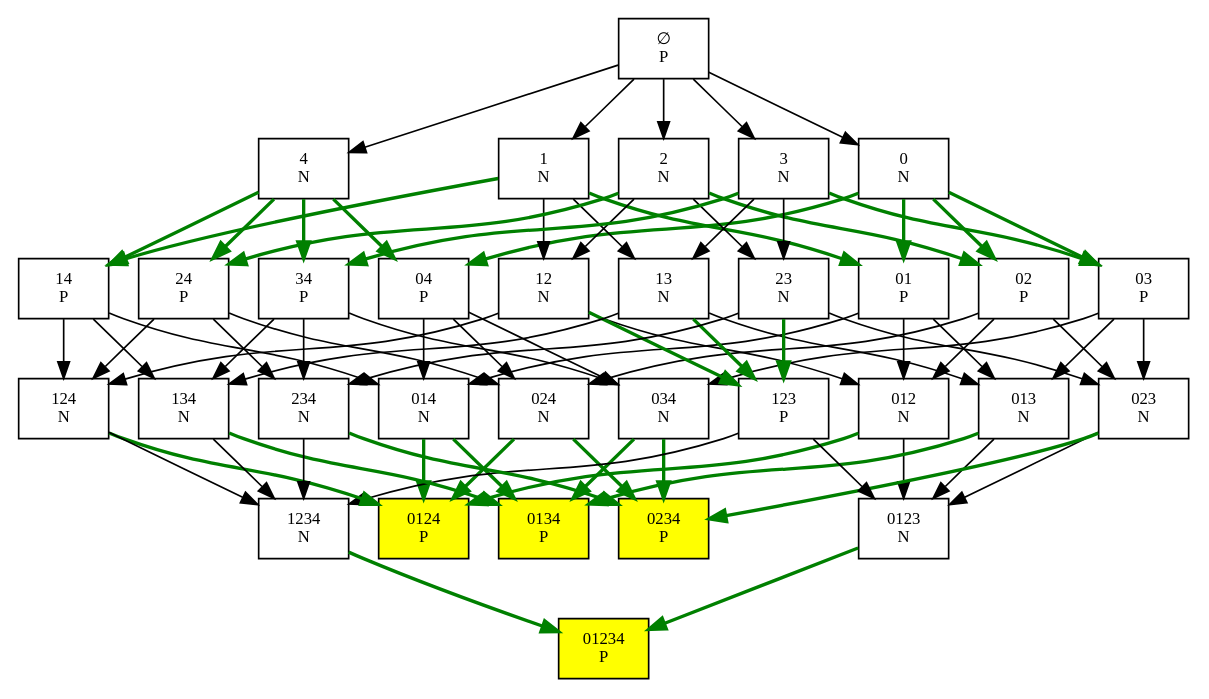
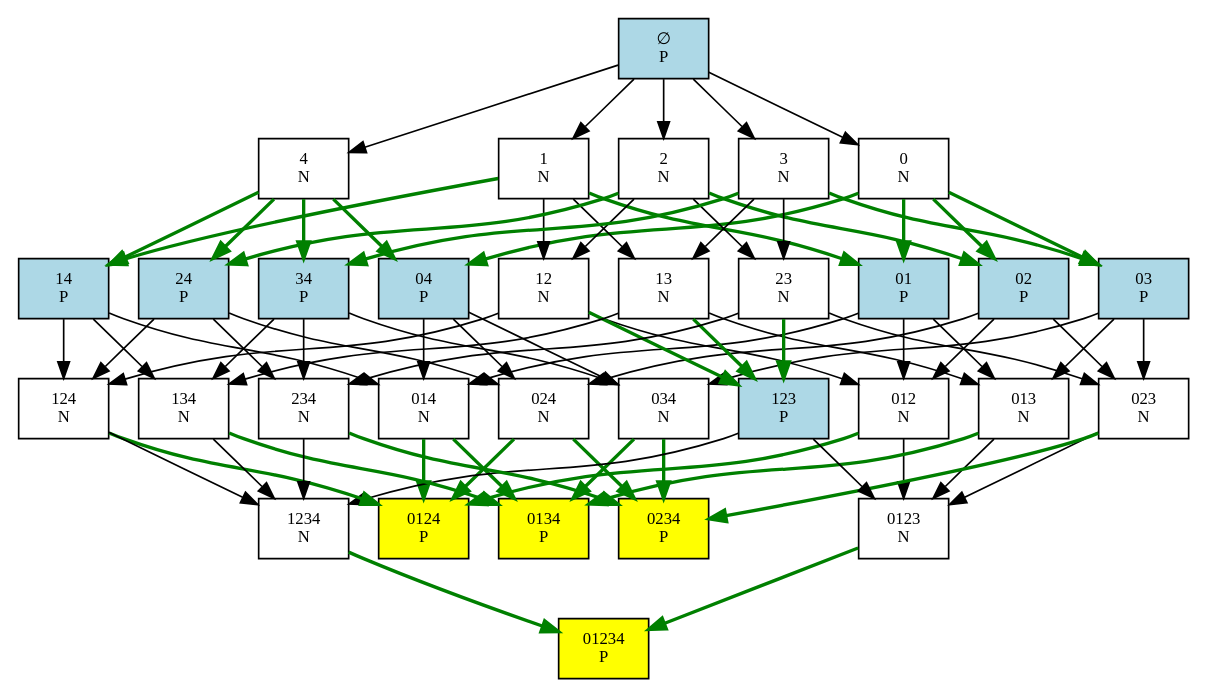
One commit to AdirAli/sparse-ruler-n-p-position changed the diagram in game_tree/decision_tree_01234.dot. Above: the diagram before and after it, drawn with Graphviz. The commit also changed 19 other files, not shown here.

```diff
--- a/game_tree/decision_tree_01234.dot
+++ b/game_tree/decision_tree_01234.dot
@@ -1,114 +1,114 @@
 digraph G {
   rankdir=TB;
   node [shape=box, fontsize=10];
-  n0 [label="∅\nP"];
+  n0 [label="∅\nP", style=filled, fillcolor=lightblue];
   n1 [label="0\nN"];
-  n2 [label="01\nP"];
+  n2 [label="01\nP", style=filled, fillcolor=lightblue];
   n3 [label="012\nN"];
   n4 [label="0123\nN"];
   n5 [label="01234\nP", style=filled, fillcolor=yellow];
   n6 [label="0124\nP", style=filled, fillcolor=yellow];
   n7 [label="013\nN"];
   n8 [label="0134\nP", style=filled, fillcolor=yellow];
   n9 [label="014\nN"];
-  n10 [label="02\nP"];
+  n10 [label="02\nP", style=filled, fillcolor=lightblue];
   n11 [label="023\nN"];
   n12 [label="0234\nP", style=filled, fillcolor=yellow];
   n13 [label="024\nN"];
-  n14 [label="03\nP"];
+  n14 [label="03\nP", style=filled, fillcolor=lightblue];
   n15 [label="034\nN"];
-  n16 [label="04\nP"];
+  n16 [label="04\nP", style=filled, fillcolor=lightblue];
   n17 [label="1\nN"];
   n18 [label="12\nN"];
-  n19 [label="123\nP"];
+  n19 [label="123\nP", style=filled, fillcolor=lightblue];
   n20 [label="1234\nN"];
   n21 [label="124\nN"];
   n22 [label="13\nN"];
   n23 [label="134\nN"];
-  n24 [label="14\nP"];
+  n24 [label="14\nP", style=filled, fillcolor=lightblue];
   n25 [label="2\nN"];
   n26 [label="23\nN"];
   n27 [label="234\nN"];
-  n28 [label="24\nP"];
+  n28 [label="24\nP", style=filled, fillcolor=lightblue];
   n29 [label="3\nN"];
-  n30 [label="34\nP"];
+  n30 [label="34\nP", style=filled, fillcolor=lightblue];
   n31 [label="4\nN"];
 
   n0 -> n1;
   n0 -> n17;
   n0 -> n25;
   n0 -> n29;
   n0 -> n31;
   n1 -> n2 [color=green, penwidth=2.0];
   n1 -> n10 [color=green, penwidth=2.0];
   n1 -> n14 [color=green, penwidth=2.0];
   n1 -> n16 [color=green, penwidth=2.0];
   n2 -> n3;
   n2 -> n7;
   n2 -> n9;
   n3 -> n4;
   n3 -> n6 [color=green, penwidth=2.0];
   n4 -> n5 [color=green, penwidth=2.0];
   n7 -> n4;
   n7 -> n8 [color=green, penwidth=2.0];
   n9 -> n6 [color=green, penwidth=2.0];
   n9 -> n8 [color=green, penwidth=2.0];
   n10 -> n3;
   n10 -> n11;
   n10 -> n13;
   n11 -> n4;
   n11 -> n12 [color=green, penwidth=2.0];
   n13 -> n6 [color=green, penwidth=2.0];
   n13 -> n12 [color=green, penwidth=2.0];
   n14 -> n7;
   n14 -> n11;
   n14 -> n15;
   n15 -> n8 [color=green, penwidth=2.0];
   n15 -> n12 [color=green, penwidth=2.0];
   n16 -> n9;
   n16 -> n13;
   n16 -> n15;
   n17 -> n2 [color=green, penwidth=2.0];
   n17 -> n18;
   n17 -> n22;
   n17 -> n24 [color=green, penwidth=2.0];
   n18 -> n3;
   n18 -> n19 [color=green, penwidth=2.0];
   n18 -> n21;
   n19 -> n4;
   n19 -> n20;
   n20 -> n5 [color=green, penwidth=2.0];
   n21 -> n6 [color=green, penwidth=2.0];
   n21 -> n20;
   n22 -> n7;
   n22 -> n19 [color=green, penwidth=2.0];
   n22 -> n23;
   n23 -> n8 [color=green, penwidth=2.0];
   n23 -> n20;
   n24 -> n9;
   n24 -> n21;
   n24 -> n23;
   n25 -> n10 [color=green, penwidth=2.0];
   n25 -> n18;
   n25 -> n26;
   n25 -> n28 [color=green, penwidth=2.0];
   n26 -> n11;
   n26 -> n19 [color=green, penwidth=2.0];
   n26 -> n27;
   n27 -> n12 [color=green, penwidth=2.0];
   n27 -> n20;
   n28 -> n13;
   n28 -> n21;
   n28 -> n27;
   n29 -> n14 [color=green, penwidth=2.0];
   n29 -> n22;
   n29 -> n26;
   n29 -> n30 [color=green, penwidth=2.0];
   n30 -> n15;
   n30 -> n23;
   n30 -> n27;
   n31 -> n16 [color=green, penwidth=2.0];
   n31 -> n24 [color=green, penwidth=2.0];
   n31 -> n28 [color=green, penwidth=2.0];
   n31 -> n30 [color=green, penwidth=2.0];
 }
```
